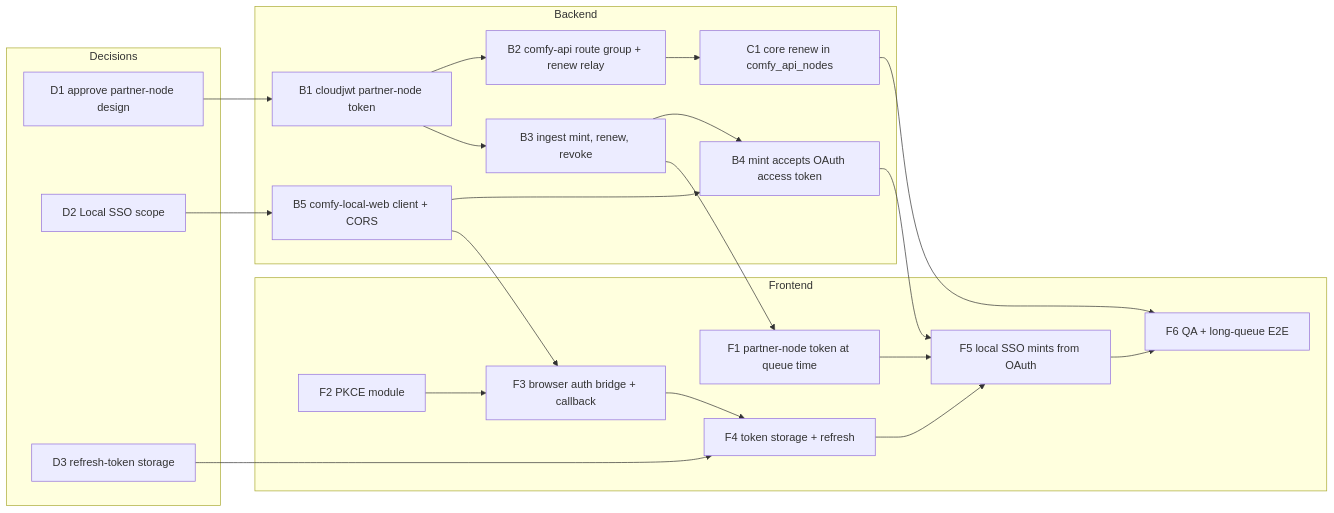
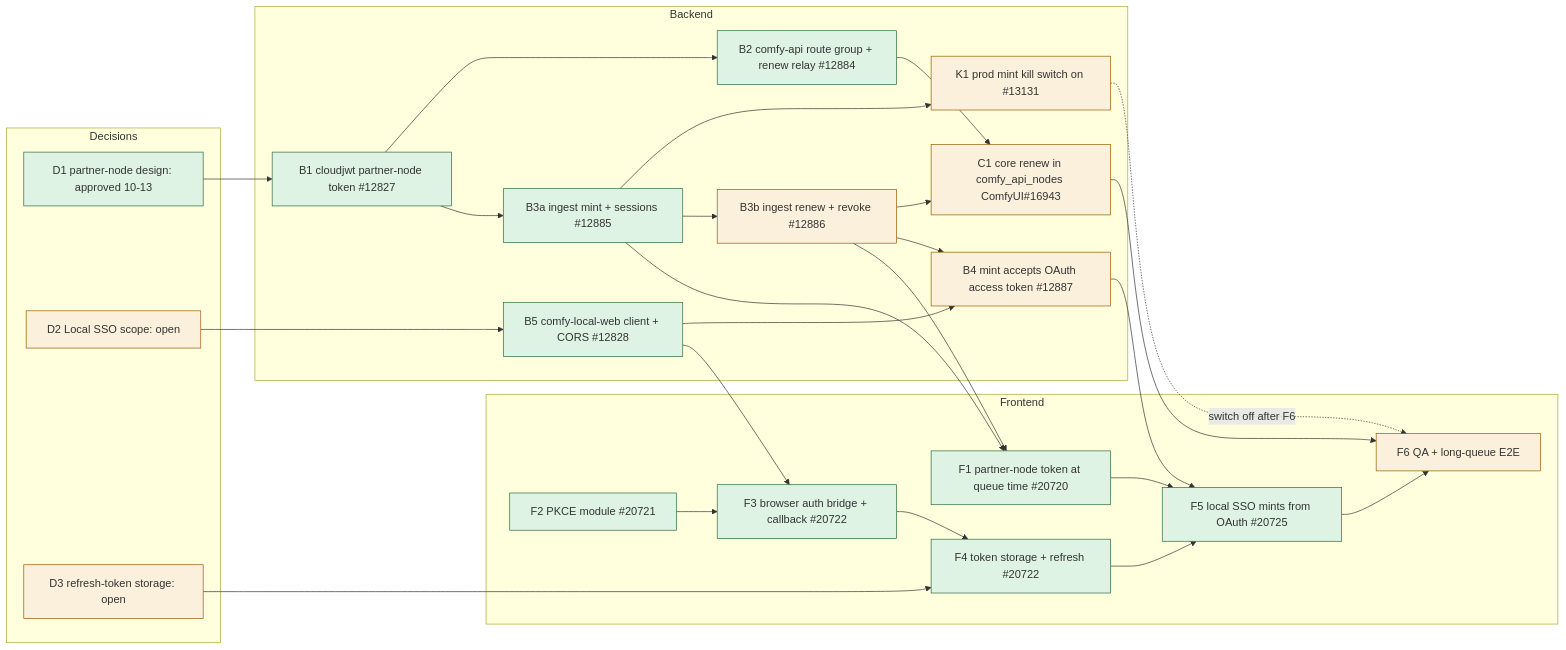
The diagram in docs/tdd/2026-10-local-comfyui-sso-sign-in.md (Comfy-Org/ComfyUI_frontend), drawn with Mermaid before and after one commit. The commit also changed other lines of this file and 1 other file, not shown here.

First paragraph of the commit message:
FE-2170 docs(auth): record the D1 decision and the current local SSO graph (#20953)
## Summary

````diff
--- a/docs/tdd/2026-10-local-comfyui-sso-sign-in.md
+++ b/docs/tdd/2026-10-local-comfyui-sso-sign-in.md
@@ -60,41 +60,52 @@
 ```mermaid
 flowchart LR
   subgraph Decisions
-    D1["D1 approve partner-node design"]
-    D2["D2 Local SSO scope"]
-    D3["D3 refresh-token storage"]
+    D1["D1 partner-node design: approved 10-13"]
+    D2["D2 Local SSO scope: open"]
+    D3["D3 refresh-token storage: open"]
   end
   subgraph Backend
-    B1["B1 cloudjwt partner-node token"]
-    B2["B2 comfy-api route group + renew relay"]
-    B3["B3 ingest mint, renew, revoke"]
-    B4["B4 mint accepts OAuth access token"]
-    B5["B5 comfy-local-web client + CORS"]
-    C1["C1 core renew in comfy_api_nodes"]
+    B1["B1 cloudjwt partner-node token #12827"]
+    B2["B2 comfy-api route group + renew relay #12884"]
+    B3a["B3a ingest mint + sessions #12885"]
+    K1["K1 prod mint kill switch on #13131"]
+    B3b["B3b ingest renew + revoke #12886"]
+    B4["B4 mint accepts OAuth access token #12887"]
+    B5["B5 comfy-local-web client + CORS #12828"]
+    C1["C1 core renew in comfy_api_nodes ComfyUI#16943"]
   end
   subgraph Frontend
-    F1["F1 partner-node token at queue time"]
-    F2["F2 PKCE module"]
-    F3["F3 browser auth bridge + callback"]
-    F4["F4 token storage + refresh"]
-    F5["F5 local SSO mints from OAuth"]
+    F1["F1 partner-node token at queue time #20720"]
+    F2["F2 PKCE module #20721"]
+    F3["F3 browser auth bridge + callback #20722"]
+    F4["F4 token storage + refresh #20722"]
+    F5["F5 local SSO mints from OAuth #20725"]
     F6["F6 QA + long-queue E2E"]
   end
   D1 --> B1
   B1 --> B2
-  B1 --> B3
+  B1 --> B3a
+  B3a --> K1
+  B3a --> B3b
   B2 --> C1
-  B3 --> B4
+  B3b --> C1
+  B3b --> B4
   D2 --> B5
   B5 --> B4
-  B3 --> F1
+  B3a --> F1
+  B3b --> F1
   F2 --> F3
   B5 --> F3
   F3 --> F4
   D3 --> F4
   F1 --> F5
   F4 --> F5
   B4 --> F5
   C1 --> F6
   F5 --> F6
+  K1 -. "switch off after F6" .-> F6
+  classDef done fill:#dff3e4,stroke:#2d6a3e
+  classDef open fill:#fbf0dc,stroke:#9a5b00
+  class D1,B1,B2,B3a,B5,F1,F2,F3,F4,F5 done
+  class D2,D3,K1,B3b,B4,C1,F6 open
 ```
````
